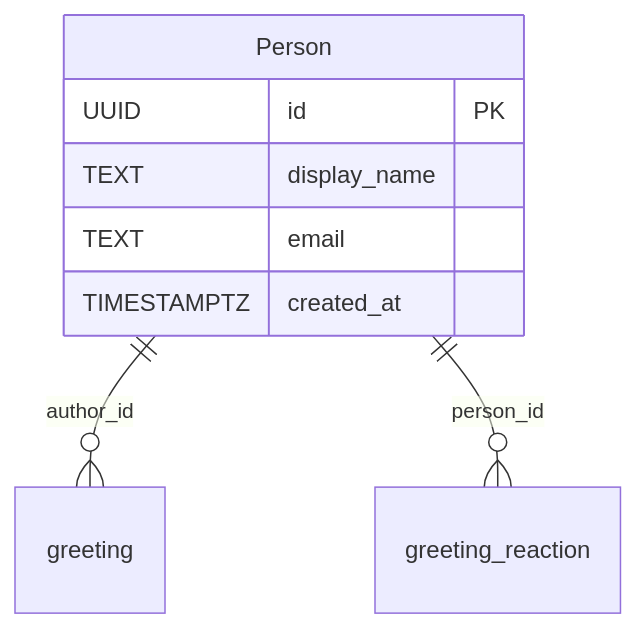
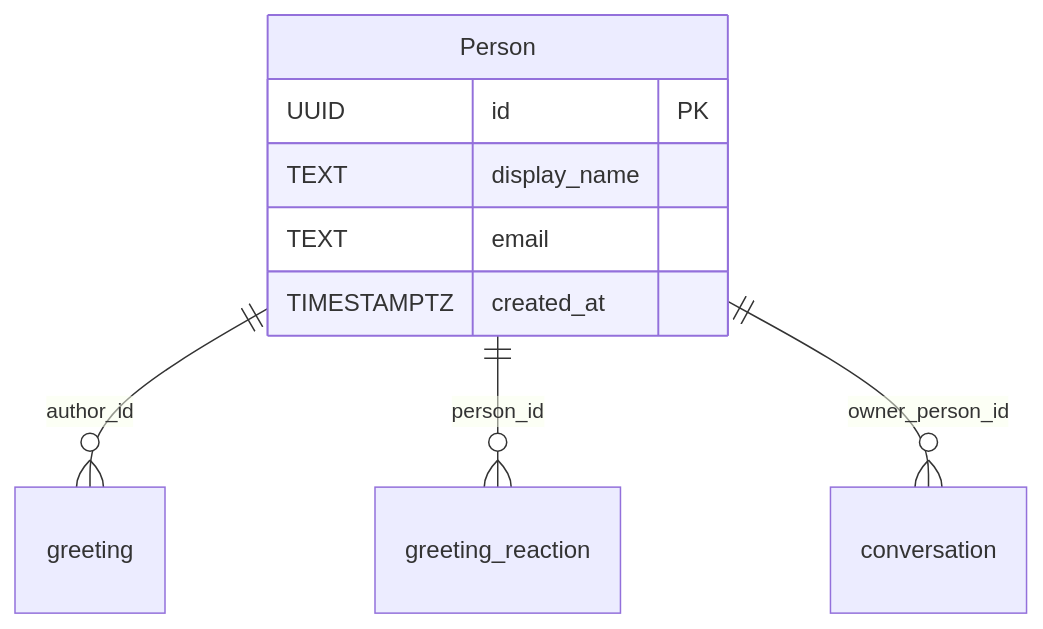
Before and after one commit to einmalik1/helloworld: the diagram in openspec/data-model/generated/entities/person.mmd, drawn with Mermaid. The commit also changed 100 other files, not shown here.

```diff
--- a/openspec/data-model/generated/entities/person.mmd
+++ b/openspec/data-model/generated/entities/person.mmd
@@ -1,12 +1,13 @@
 %% Entity: person (Person)
 %% Generated by spark/generators — do not edit by hand.
 %% Source: openspec/data-model/schema.sql (DDL SoT); categories from spark/repo-profile.yaml
 erDiagram
   person["Person"] {
     UUID id PK
     TEXT display_name
     TEXT email
     TIMESTAMPTZ created_at
   }
   person ||--o{ greeting : "author_id"
   person ||--o{ greeting_reaction : "person_id"
+  person ||--o{ conversation : "owner_person_id"
```
